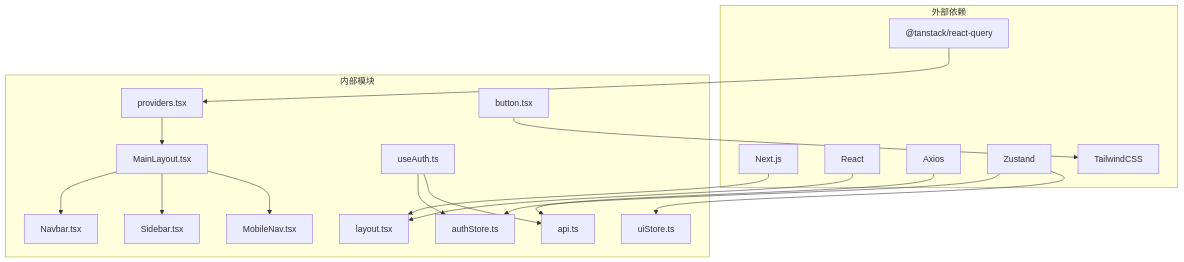
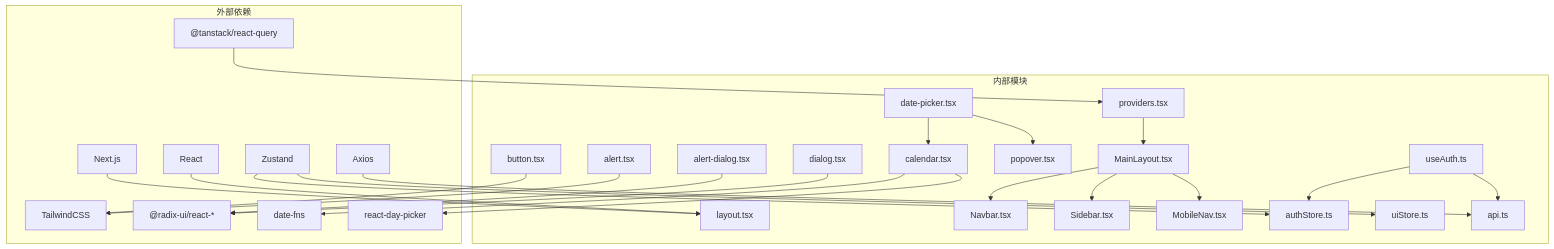
One commit to gujialind/InvestRing changed the eighth of 8 diagrams in .qoder/repowiki/zh/content/系统架构/前端架构.md. Above: the diagram before and after it, drawn with Mermaid. The commit also changed other lines of this file and 97 other files, not shown here.

````diff
--- a/.qoder/repowiki/zh/content/系统架构/前端架构.md
+++ b/.qoder/repowiki/zh/content/系统架构/前端架构.md
@@ -311,37 +465,53 @@
 ```mermaid
 graph TB
 subgraph "外部依赖"
 NX["Next.js"]
 RX["React"]
 AX["Axios"]
 RQ["@tanstack/react-query"]
 ZS["Zustand"]
 TW["TailwindCSS"]
+RA["@radix-ui/react-*"]
+DF["date-fns"]
+RDP["react-day-picker"]
 end
 subgraph "内部模块"
 LYT["layout.tsx"]
 PRV["providers.tsx"]
 ML["MainLayout.tsx"]
 NAV["Navbar.tsx"]
 SID["Sidebar.tsx"]
 MOB["MobileNav.tsx"]
 AST["authStore.ts"]
 UIST["uiStore.ts"]
 API["api.ts"]
 HKA["useAuth.ts"]
 BTN["button.tsx"]
+ALRT["alert-dialog.tsx"]
+DP["date-picker.tsx"]
+CAL["calendar.tsx"]
+POP["popover.tsx"]
+DLG["dialog.tsx"]
+ALRT2["alert.tsx"]
 end
 NX --> LYT
 RX --> LYT
 AX --> API
 RQ --> PRV
 ZS --> AST
 ZS --> UIST
 PRV --> ML
 ML --> NAV
 ML --> SID
 ML --> MOB
 HKA --> AST
 HKA --> API
 BTN --> TW
+ALRT --> RA
+DP --> POP
+DP --> CAL
+CAL --> RDP
+CAL --> DF
+DLG --> RA
+ALRT2 --> TW
 ```
````
